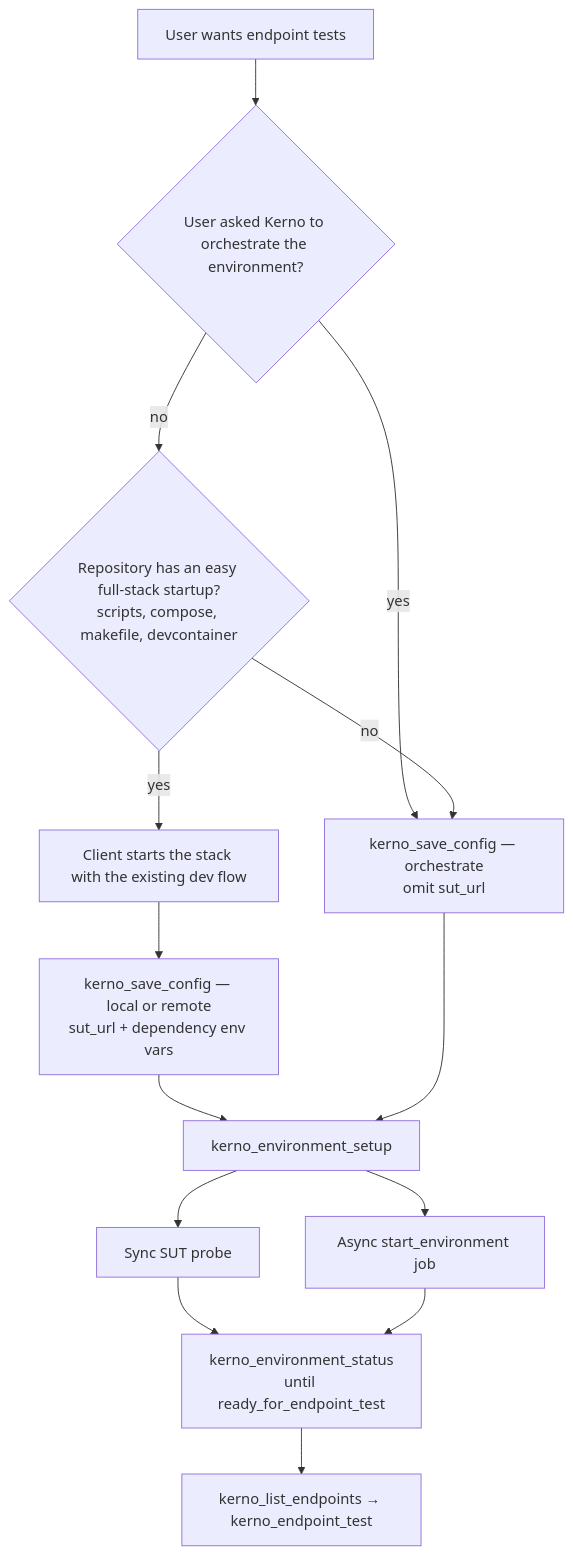
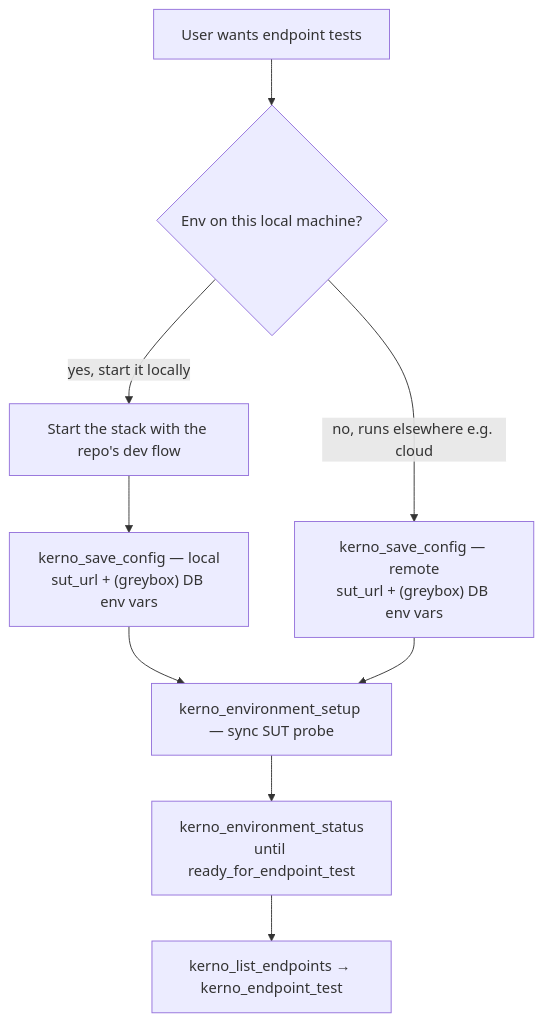
Before and after one commit to kernoio/kerno-mcp-plugin: the diagram in references/target-environment.md, drawn with Mermaid. The commit also changed other lines of this file and 20 other files, not shown here.

First line of the commit message:
docs: align kerno-mcp-plugin for pre-release (kerno init, greybox/black box, DB schema, rebind)

````diff
--- a/references/target-environment.md
+++ b/references/target-environment.md
@@ -11,28 +34,16 @@
 ```mermaid
 flowchart TD
     Start[User wants endpoint tests]
-    UserOrchestrate{User asked Kerno to orchestrate the environment?}
-    EasyStart{Repository has an easy full-stack startup?\nscripts, compose, makefile, devcontainer}
-    ClientStart[Client starts the stack with the existing dev flow]
-    SaveLocal["kerno_save_config — local or remote\nsut_url + dependency env vars"]
-    SaveOrchestrate["kerno_save_config — orchestrate\nomit sut_url"]
-    EnvSetup[kerno_environment_setup]
-    SyncProbe[Sync SUT probe]
-    AsyncJob[Async start_environment job]
+    Where{Env on this local machine?}
+    ClientStart[Start the stack with the repo's dev flow]
+    SaveLocal["kerno_save_config — local\nsut_url + (greybox) DB env vars"]
+    SaveRemote["kerno_save_config — remote\nsut_url + (greybox) DB env vars"]
+    EnvSetup[kerno_environment_setup — sync SUT probe]
     EnvStatus["kerno_environment_status\nuntil ready_for_endpoint_test"]
     Endpoints[kerno_list_endpoints → kerno_endpoint_test]
 
-    Start --> UserOrchestrate
-    UserOrchestrate -->|yes| SaveOrchestrate
-    UserOrchestrate -->|no| EasyStart
-    EasyStart -->|yes| ClientStart
-    ClientStart --> SaveLocal
-    EasyStart -->|no| SaveOrchestrate
-    SaveLocal --> EnvSetup
-    SaveOrchestrate --> EnvSetup
-    EnvSetup --> SyncProbe
-    EnvSetup --> AsyncJob
-    SyncProbe --> EnvStatus
-    AsyncJob --> EnvStatus
-    EnvStatus --> Endpoints
+    Start --> Where
+    Where -->|yes, start it locally| ClientStart --> SaveLocal --> EnvSetup
+    Where -->|no, runs elsewhere e.g. cloud| SaveRemote --> EnvSetup
+    EnvSetup --> EnvStatus --> Endpoints
 ```
````
